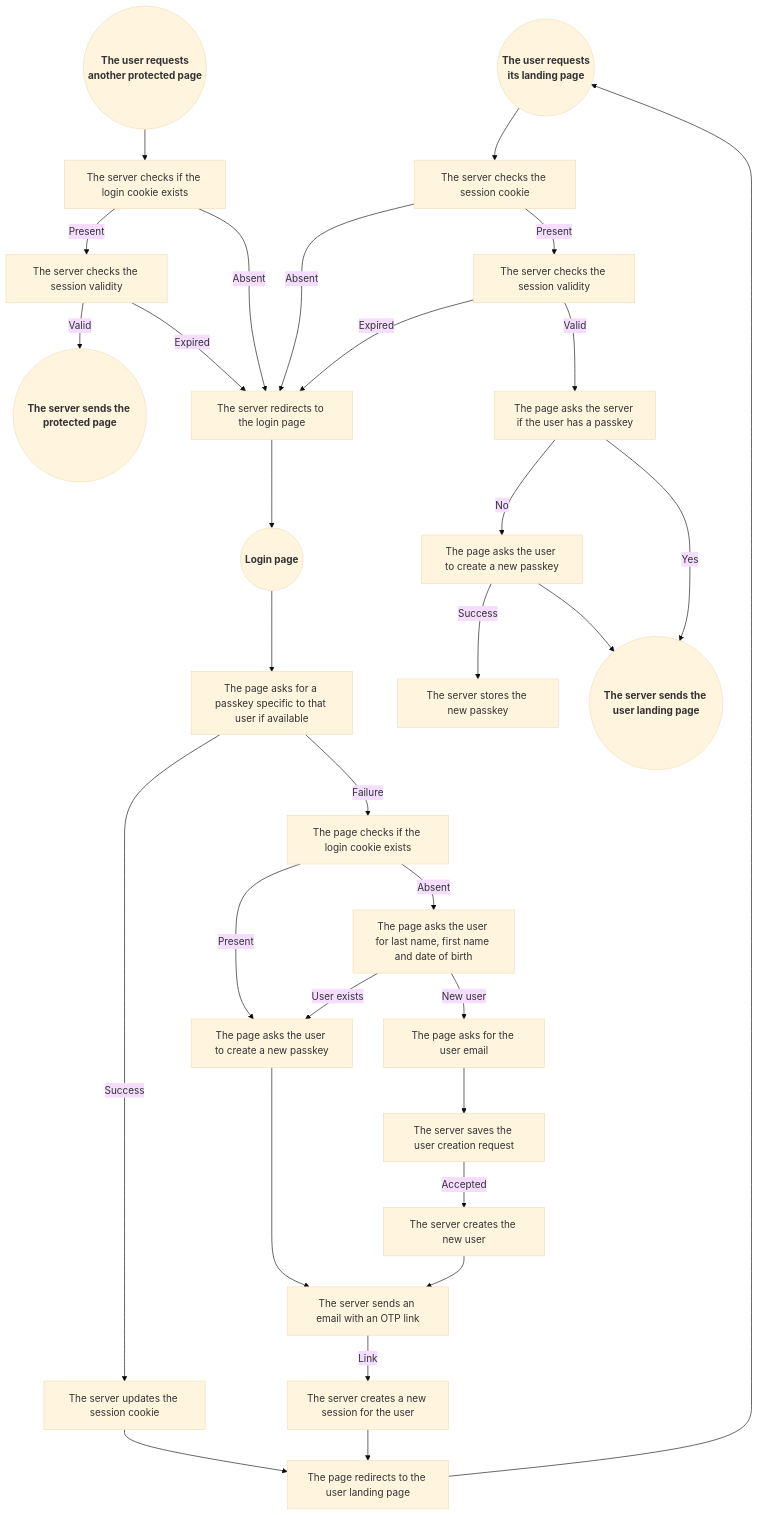
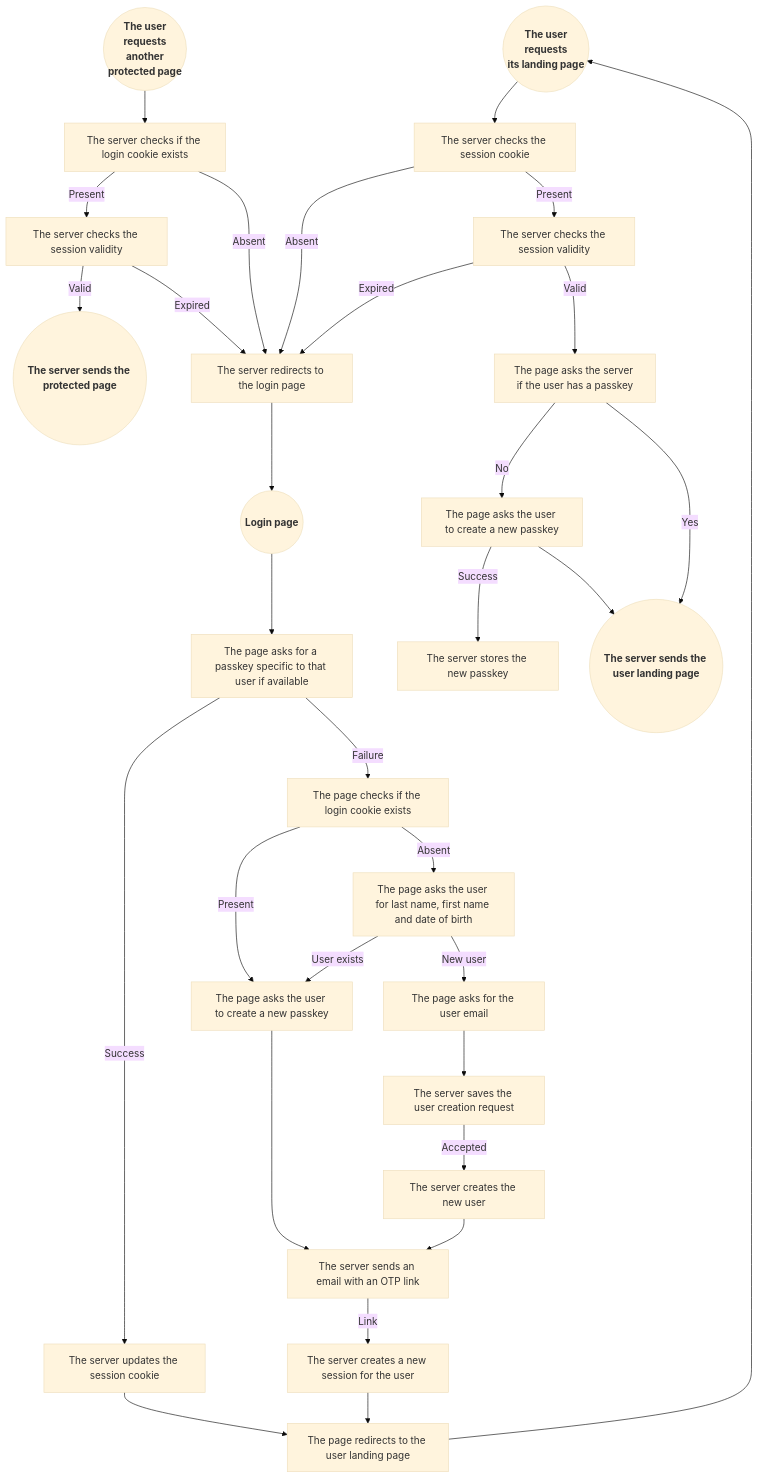
The diagram in README.md (programingjd/tiered_server), drawn with Mermaid (base theme) before and after one commit.

````diff
--- a/README.md
+++ b/README.md
@@ -123,40 +123,40 @@
 ```mermaid
 graph TD;
-  UserLandingPageRequest(("<b>The user requests<br>its landing page</b>"))
-  ProtectedPageRequest(("<b>The user requests<br>another protected page</b>"))
+  UserLandingPageRequest(("<b>The user<br>requests<br>its landing page</b>"))
+  ProtectedPageRequest(("<b>The user<br>requests<br>another<br>protected page</b>"))
   LoginPageRequest(("<b>Login page</b>"))
   
   ProtectedPageRequest-->QueryCookie1[The server checks if the login cookie exists]
   QueryCookie1-->|Present|CheckSessionValidity1[The server checks the session validity]
   QueryCookie1-->|Absent|LoginPageRedirect[The server redirects to the login page]
   CheckSessionValidity1-->|Valid|ProtectedPageResponse(("<b>The server sends the protected page<b>"))
   CheckSessionValidity1-->|Expired|LoginPageRedirect
 
   UserLandingPageRequest-->QueryCookie2[The server checks the session cookie]
   QueryCookie2-->|Absent|LoginPageRedirect
   QueryCookie2-->|Present|CheckSessionValidity2[The server checks the session validity]
   CheckSessionValidity2-->|Expired|LoginPageRedirect
   CheckSessionValidity2-->|Valid|QueryExistingPasskey2[The page asks the server if the user has a passkey]
   QueryExistingPasskey2-->|No|NewPasskeyPrompt2[The page asks the user to create a new passkey]
   QueryExistingPasskey2-->|Yes|UserLandingPageResponse(("<b>The server sends the user landing page<b>"))
   NewPasskeyPrompt2-->|Success|NewPasskeyStore2[The server stores the new passkey]
   NewPasskeyPrompt2-->UserLandingPageResponse
 
   LoginPageRequest-->QueryPasskey[The page asks for a passkey specific to that user if available]
   QueryPasskey-->|Success|SessionCookieUpdate[The server updates the session cookie]
   SessionCookieUpdate-->UserLandingPageRedirect[The page redirects to the user landing page]
   QueryPasskey-->|Failure|QueryCookie3[The page checks if the login cookie exists]
   QueryCookie3-->|Present|NewPasskeyPrompt3[The page asks the user to create a new passkey]
   QueryCookie3-->|Absent|UserForm[The page asks the user for last name, first name and date of birth]
   UserForm-->|User exists|NewPasskeyPrompt3
   NewPasskeyPrompt3-->EmailOTP[The server sends an email with an OTP link]
   EmailOTP-->|Link|NewSession[The server creates a new session for the user]
   NewSession-->UserLandingPageRedirect
   UserForm-->|New user|NewUser[The page asks for the user email]
   NewUser-->UserModeration[The server saves the user creation request]
   UserModeration-->|Accepted|UserCreation[The server creates the new user]
   UserCreation-->EmailOTP
   
   UserLandingPageRedirect-->UserLandingPageRequest
   LoginPageRedirect-->LoginPageRequest
 ```
````
